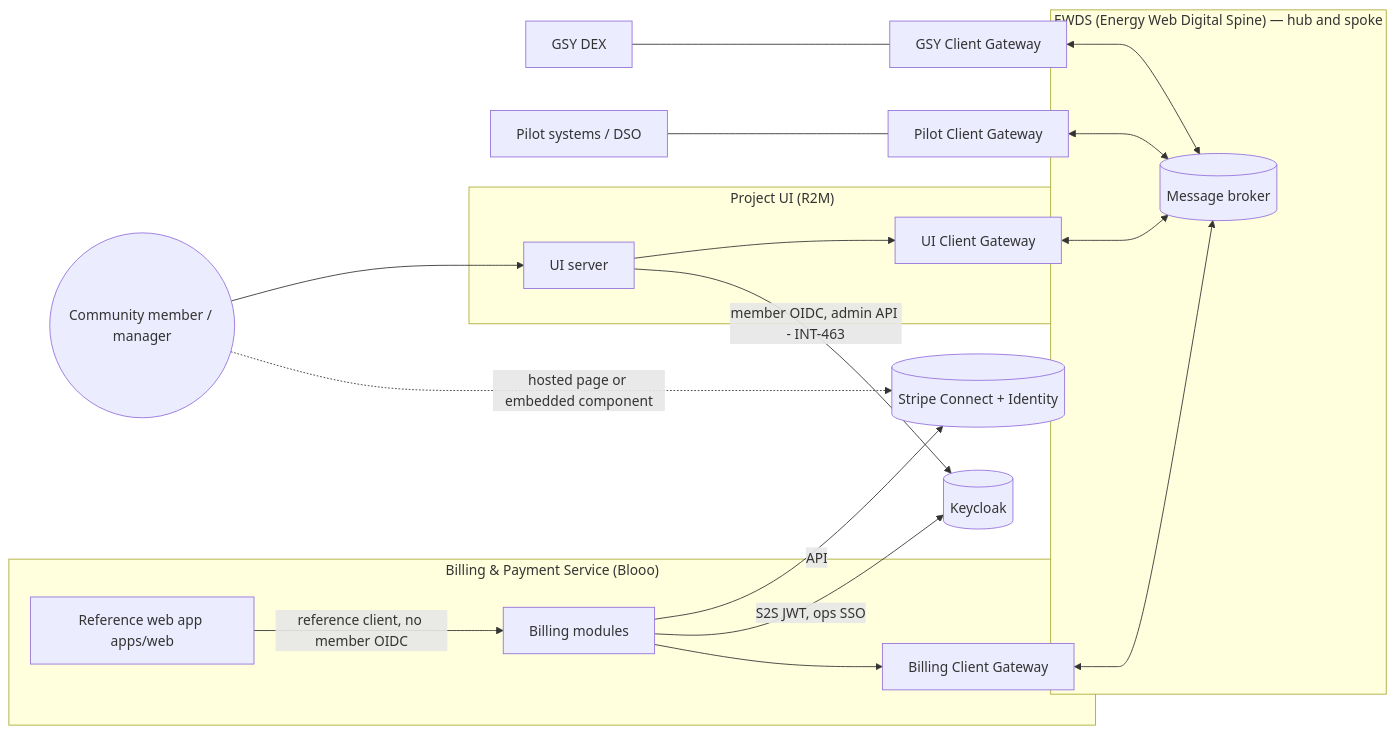
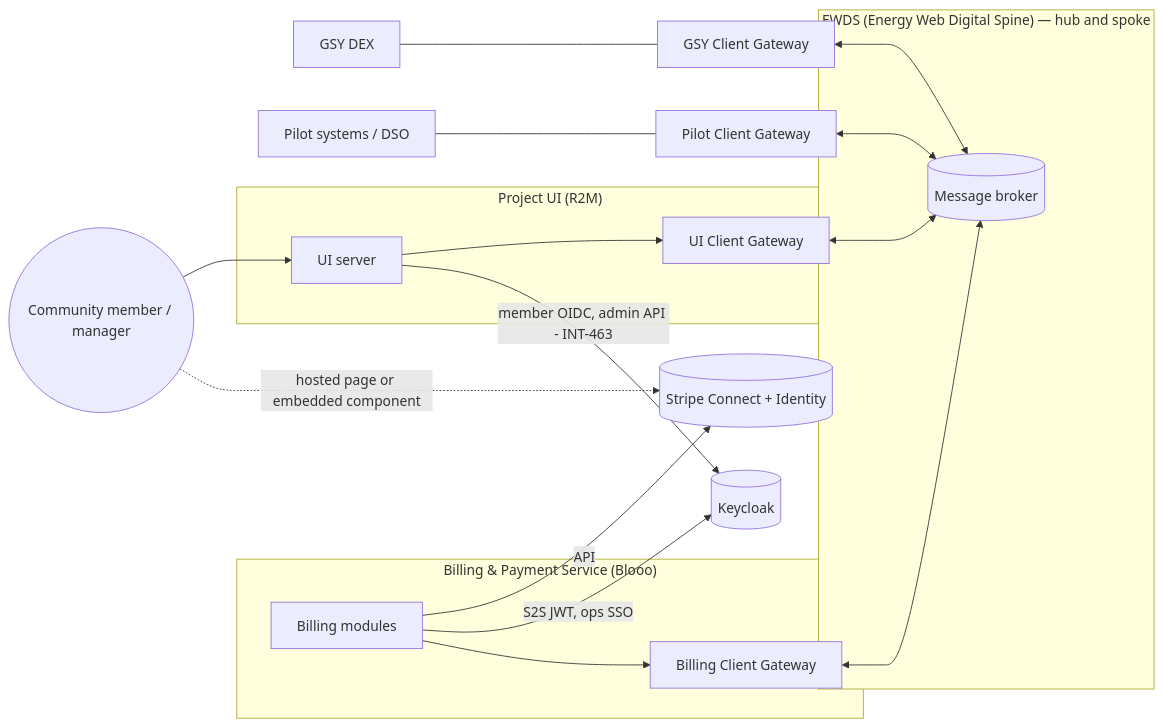
Before and after one commit to blooo-io/intelligent-eu-bps-source: the first of 8 diagrams in docs/architecture/01-functional-architecture.md, drawn with Mermaid. The commit also changed other lines of this file and 61 other files, not shown here.

````diff
--- a/docs/architecture/01-functional-architecture.md
+++ b/docs/architecture/01-functional-architecture.md
@@ -56,30 +56,28 @@
 ```mermaid
 %% elk %%
 flowchart LR
   subgraph EWDS["EWDS (Energy Web Digital Spine) — hub and spoke"]
     MB[(Message broker)]
   end
   subgraph BPS["Billing & Payment Service (Blooo)"]
     CGWB[Billing Client Gateway]
     CORE[Billing modules]
-    WEB[Reference web app apps/web]
   end
   subgraph UI["Project UI (R2M)"]
     UIS[UI server]
     CGWU[UI Client Gateway]
   end
   GSY[GSY DEX] --- CGWG[GSY Client Gateway]
   PILOT[Pilot systems / DSO] --- CGWP[Pilot Client Gateway]
   CGWG <--> MB
   CGWP <--> MB
   CGWU <--> MB
   CGWB <--> MB
   UIS --> CGWU
   CORE --> CGWB
-  WEB -->|reference client, no member OIDC| CORE
   CORE -->|API| STRIPE[(Stripe Connect + Identity)]
   CORE -->|S2S JWT, ops SSO| KC[(Keycloak)]
   UIS -->|member OIDC, admin API - INT-463| KC
   USER((Community member / manager)) --> UIS
   USER -.->|hosted page or embedded component| STRIPE
 ```
````
